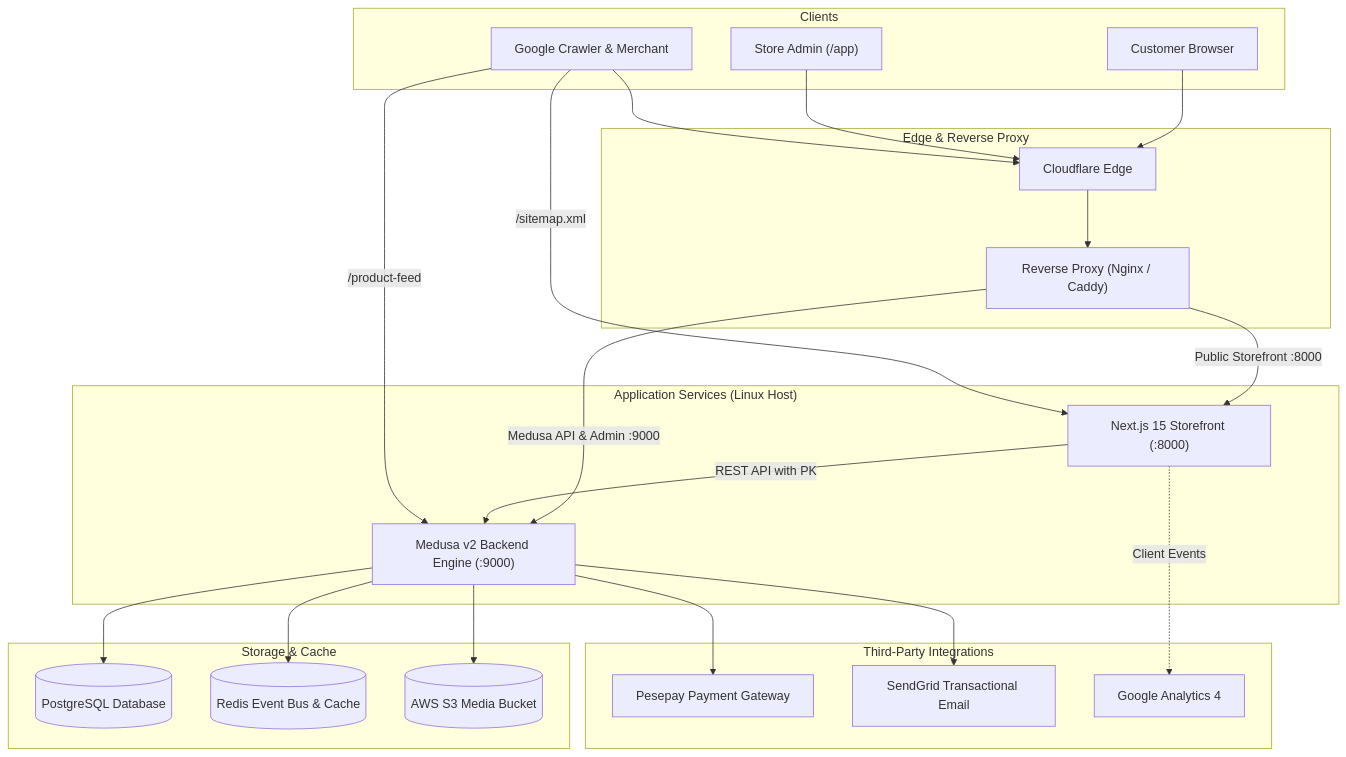
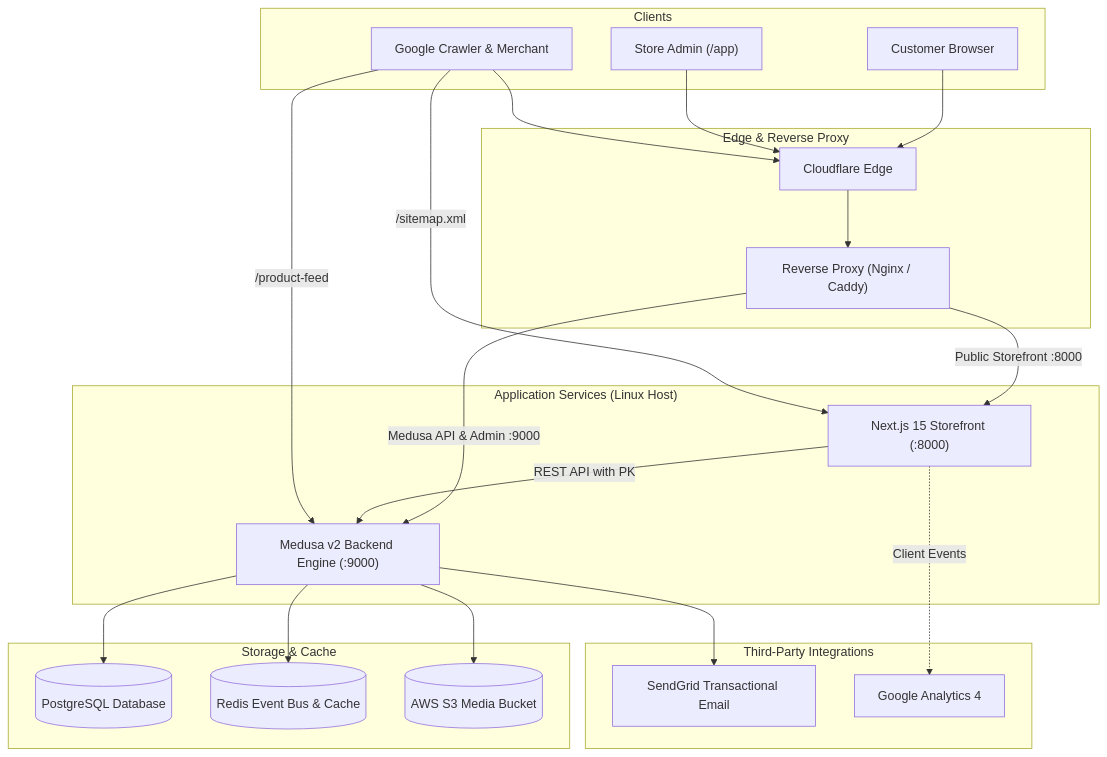
One commit to dzapengagodwin/TriSolar changed the diagram in docs/README.md. Above: the diagram before and after it, drawn with Mermaid. The commit also changed other lines of this file and 41 other files, not shown here.

````diff
--- a/docs/README.md
+++ b/docs/README.md
@@ -56,49 +56,47 @@
 ```mermaid
 flowchart TD
     subgraph Clients["Clients"]
         Customer["Customer Browser"]
         Staff["Store Admin (/app)"]
         GoogleBot["Google Crawler & Merchant"]
     end
 
     subgraph CDNProxy["Edge & Reverse Proxy"]
         Cloudflare["Cloudflare Edge"]
         Nginx["Reverse Proxy (Nginx / Caddy)"]
     end
 
     subgraph Services["Application Services (Linux Host)"]
         Storefront["Next.js 15 Storefront (:8000)"]
         Medusa["Medusa v2 Backend Engine (:9000)"]
     end
 
     subgraph DataLayer["Storage & Cache"]
         Postgres[(PostgreSQL Database)]
         Redis[(Redis Event Bus & Cache)]
         S3[(AWS S3 Media Bucket)]
     end
 
     subgraph Integrations["Third-Party Integrations"]
-        Pesepay["Pesepay Payment Gateway"]
         SendGrid["SendGrid Transactional Email"]
         GA4["Google Analytics 4"]
     end
 
     Customer --> Cloudflare
     Staff --> Cloudflare
     GoogleBot --> Cloudflare
     Cloudflare --> Nginx
 
     Nginx -->|Public Storefront :8000| Storefront
     Nginx -->|Medusa API & Admin :9000| Medusa
 
     Storefront -->|REST API with PK| Medusa
     Storefront -.->|Client Events| GA4
     
     Medusa --> Postgres
     Medusa --> Redis
     Medusa --> S3
-    Medusa --> Pesepay
     Medusa --> SendGrid
     GoogleBot -->|/product-feed| Medusa
     GoogleBot -->|/sitemap.xml| Storefront
 ```
````
